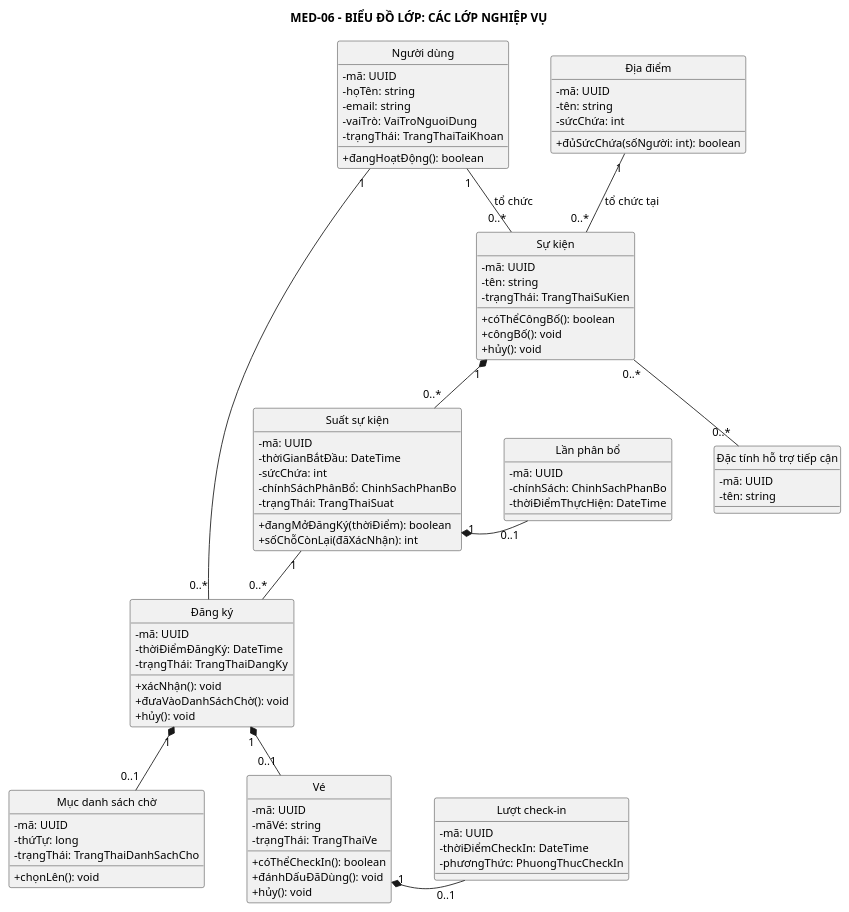
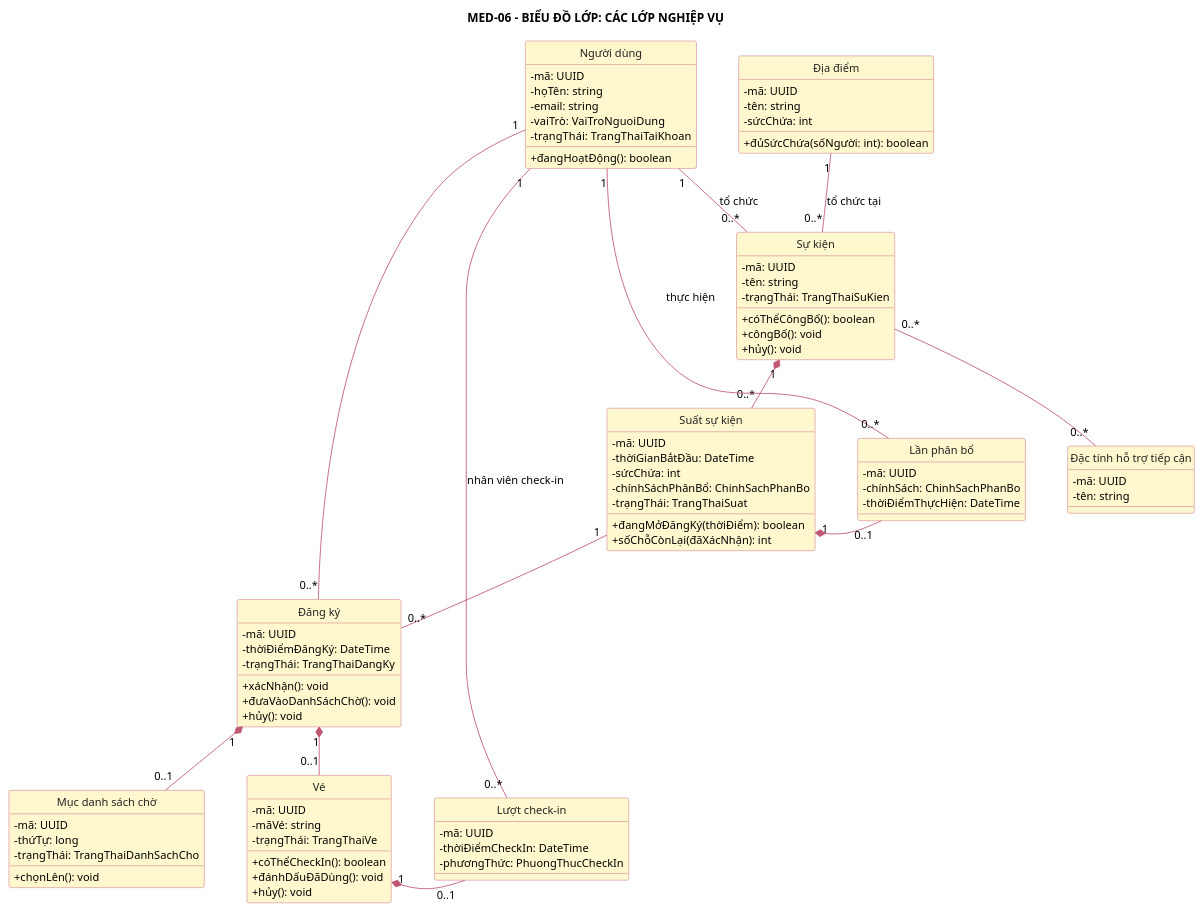
Before and after one commit to anh632k-ui/OOP-DoAn: the diagram in PTTK/03_ClassDiagram/01-class-diagram-entities.puml, drawn with PlantUML. The commit also changed 5 other files, not shown here.

Commit message:
fix(pttk): liên kết Class, đồng bộ Service, ERD tổng 11 bảng theo mẫu Bài 6

```diff
--- a/PTTK/03_ClassDiagram/01-class-diagram-entities.puml
+++ b/PTTK/03_ClassDiagram/01-class-diagram-entities.puml
@@ -1,98 +1,105 @@
 @startuml
+skinparam class {
+ BackgroundColor #FFF8CE
+ BorderColor #C05773
+ ArrowColor #C05773
+ FontColor #222222
+}
 top to bottom direction
-skinparam monochrome true
 skinparam shadowing false
 skinparam classAttributeIconSize 0
 skinparam defaultFontSize 13
 skinparam nodesep 50
 skinparam ranksep 55
 hide circle
 hide stereotypes
 
 title MED-06 - BIỂU ĐỒ LỚP: CÁC LỚP NGHIỆP VỤ
 
 class "Người dùng" as NguoiDung {
   - mã: UUID
   - họTên: string
   - email: string
   - vaiTrò: VaiTroNguoiDung
   - trạngThái: TrangThaiTaiKhoan
   + đangHoạtĐộng(): boolean
 }
 class "Địa điểm" as DiaDiem {
   - mã: UUID
   - tên: string
   - sứcChứa: int
   + đủSứcChứa(sốNgười: int): boolean
 }
 class "Đặc tính hỗ trợ tiếp cận" as HoTroTiepCan {
   - mã: UUID
   - tên: string
 }
 class "Sự kiện" as SuKien {
   - mã: UUID
   - tên: string
   - trạngThái: TrangThaiSuKien
   + cóThểCôngBố(): boolean
   + côngBố(): void
   + hủy(): void
 }
 class "Suất sự kiện" as SuatSuKien {
   - mã: UUID
   - thờiGianBắtĐầu: DateTime
   - sứcChứa: int
   - chínhSáchPhânBổ: ChinhSachPhanBo
   - trạngThái: TrangThaiSuat
   + đangMởĐăngKý(thờiĐiểm): boolean
   + sốChỗCònLại(đãXácNhận): int
 }
 class "Lần phân bổ" as LanPhanBo {
   - mã: UUID
   - chínhSách: ChinhSachPhanBo
   - thờiĐiểmThựcHiện: DateTime
 }
 class "Đăng ký" as DangKy {
   - mã: UUID
   - thờiĐiểmĐăngKý: DateTime
   - trạngThái: TrangThaiDangKy
   + xácNhận(): void
   + đưaVàoDanhSáchChờ(): void
   + hủy(): void
 }
 class "Mục danh sách chờ" as DanhSachCho {
   - mã: UUID
   - thứTự: long
   - trạngThái: TrangThaiDanhSachCho
   + chọnLên(): void
 }
 class "Vé" as Ve {
   - mã: UUID
   - mãVé: string
   - trạngThái: TrangThaiVe
   + cóThểCheckIn(): boolean
   + đánhDấuĐãDùng(): void
   + hủy(): void
 }
 class "Lượt check-in" as LuotCheckIn {
   - mã: UUID
   - thờiĐiểmCheckIn: DateTime
   - phươngThức: PhuongThucCheckIn
 }
 
 DiaDiem "1" -- "0..*" SuKien : tổ chức tại
 NguoiDung "1" -- "0..*" SuKien : tổ chức
 SuKien "1" *-- "0..*" SuatSuKien
 SuKien "0..*" -- "0..*" HoTroTiepCan
 SuatSuKien "1" -- "0..*" DangKy
 NguoiDung "1" -- "0..*" DangKy
 SuatSuKien "1" *-- "0..1" LanPhanBo
+NguoiDung "1" -- "0..*" LanPhanBo : thực hiện
 DangKy "1" *-- "0..1" DanhSachCho
 DangKy "1" *-- "0..1" Ve
 Ve "1" *-- "0..1" LuotCheckIn
+NguoiDung "1" -- "0..*" LuotCheckIn : nhân viên check-in
 
 NguoiDung -[hidden]right- DiaDiem
 DiaDiem -[hidden]right- HoTroTiepCan
 SuatSuKien -[hidden]right- LanPhanBo
 DanhSachCho -[hidden]right- Ve
 Ve -[hidden]right- LuotCheckIn
 @enduml
```
